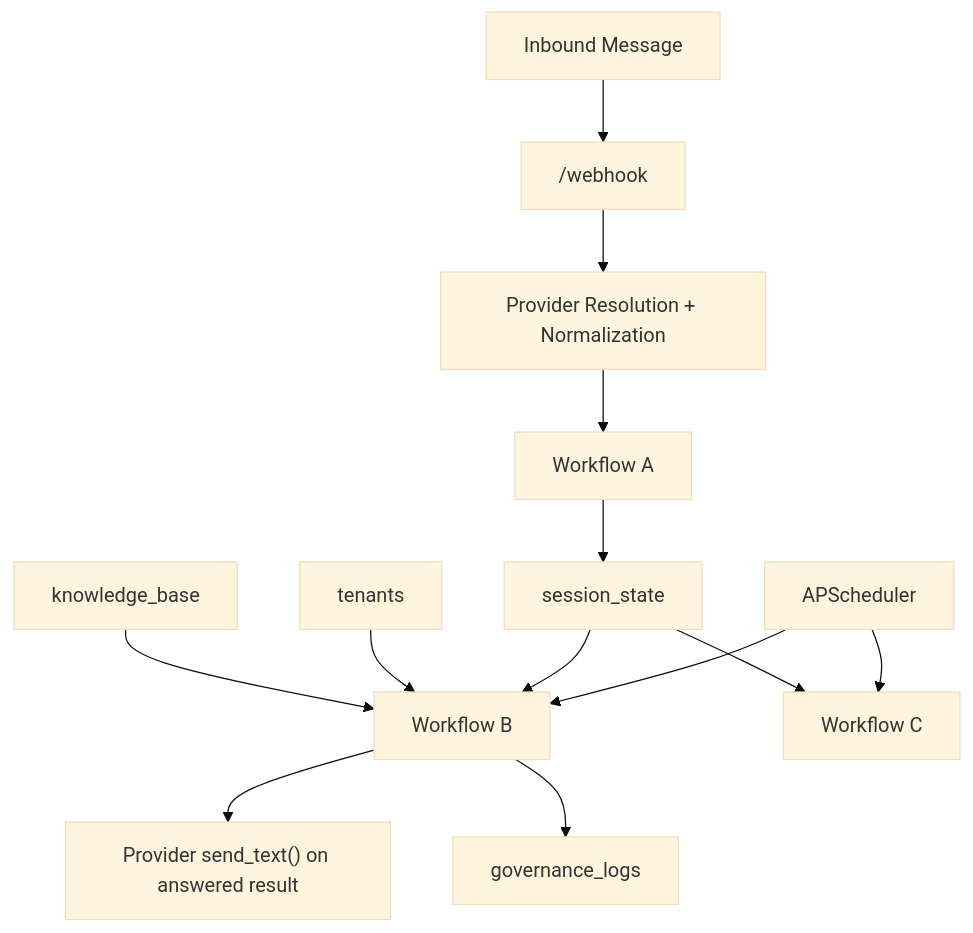
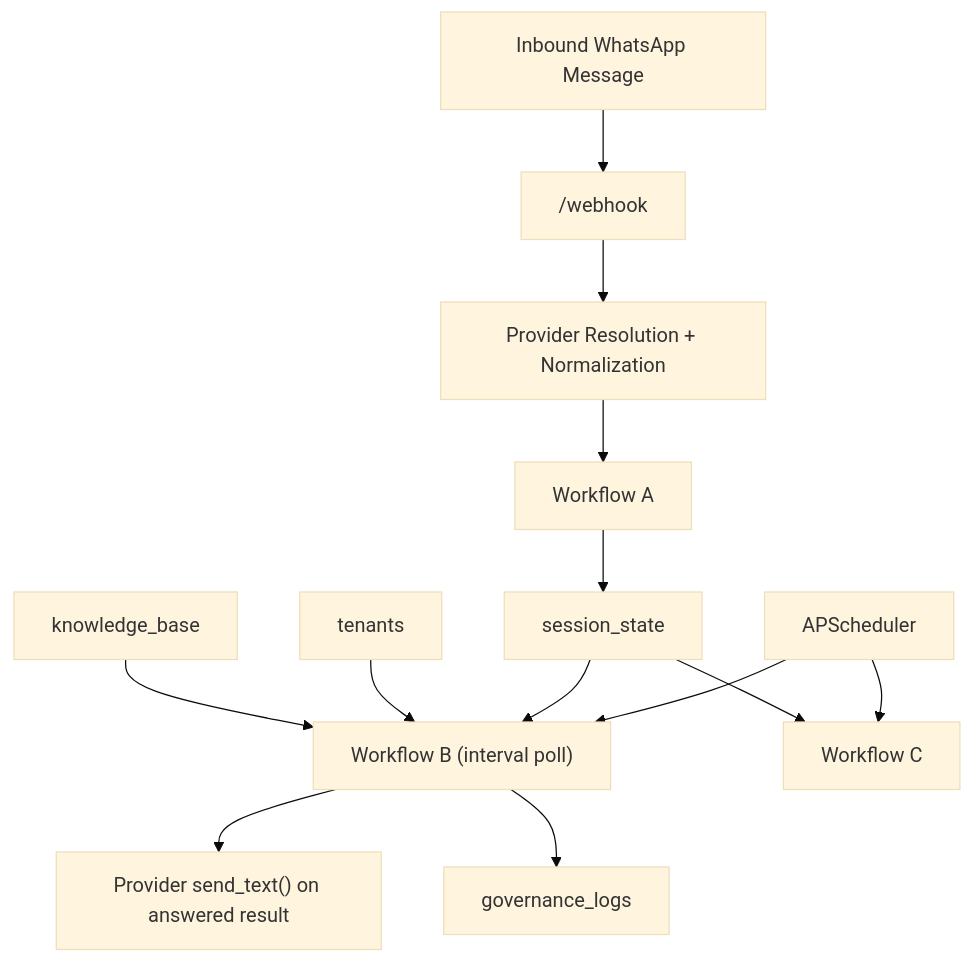
The diagram in system_architecture.md (prnvh/SVMP-CS), drawn with Mermaid (base theme) before and after one commit. The commit also changed other lines of this file, not shown here.

````diff
--- a/system_architecture.md
+++ b/system_architecture.md
@@ -56,15 +57,15 @@
 ```mermaid
 flowchart TD
-    A["Inbound Message"] --> B["/webhook"]
+    A["Inbound WhatsApp Message"] --> B["/webhook"]
     B --> C["Provider Resolution + Normalization"]
     C --> D["Workflow A"]
     D --> E["session_state"]
-    F["APScheduler"] --> G["Workflow B"]
+    F["APScheduler"] --> G["Workflow B (interval poll)"]
     E --> G
     H["tenants"] --> G
     I["knowledge_base"] --> G
     G --> J["Provider send_text() on answered result"]
     G --> K["governance_logs"]
     F --> L["Workflow C"]
     E --> L
 ```
````
